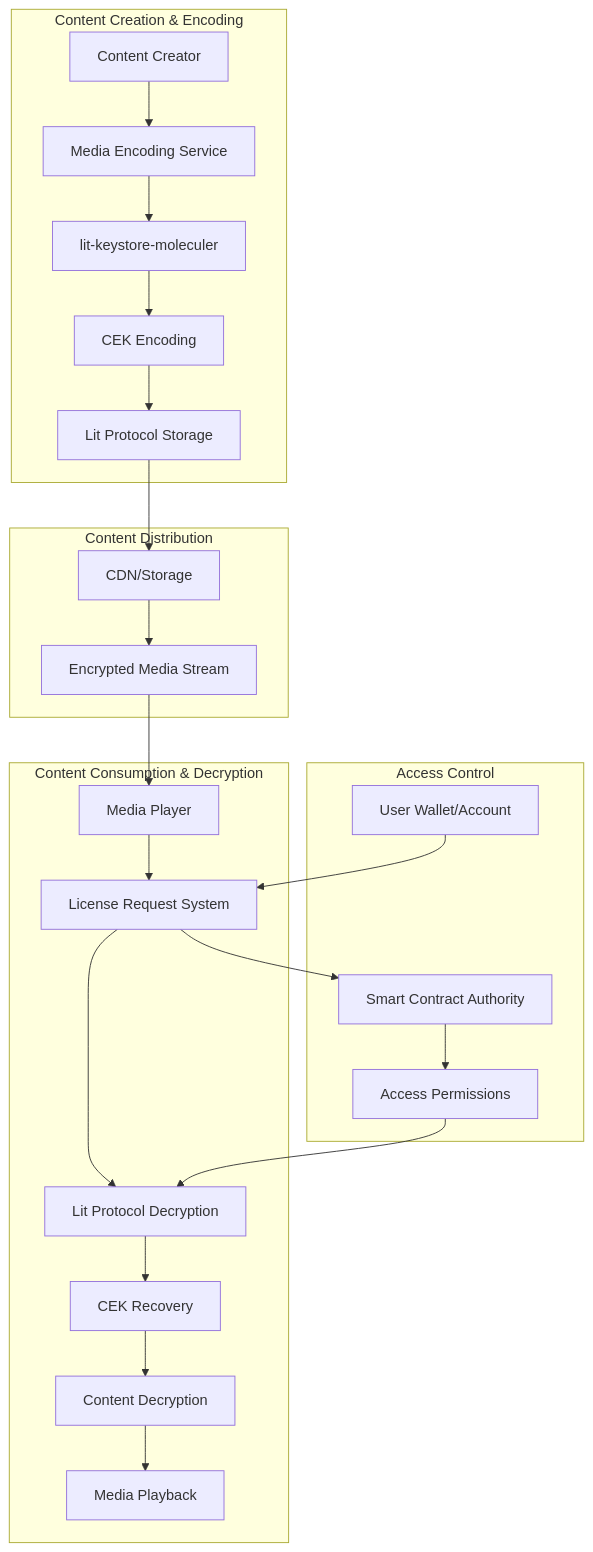
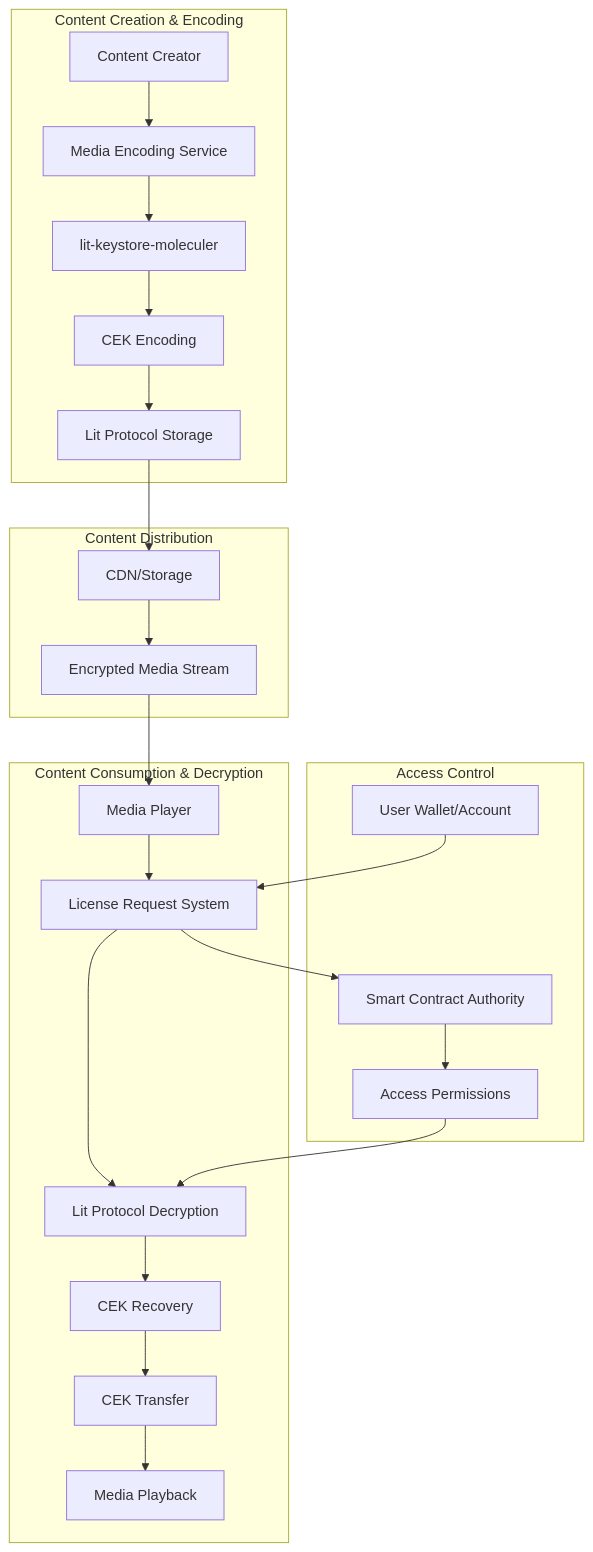
The first of 13 diagrams in docs/END-TO-END-CONTENT-PROTECTION-FLOW.md (Elacity/lit-keystore-moleculer), drawn with Mermaid before and after one commit. The commit also changed other lines of this file and 3 other files, not shown here.

````diff
--- a/docs/END-TO-END-CONTENT-PROTECTION-FLOW.md
+++ b/docs/END-TO-END-CONTENT-PROTECTION-FLOW.md
@@ -9,34 +7,34 @@
 ```mermaid
 graph TD
     subgraph "Content Creation & Encoding"
         A[Content Creator] --> B[Media Encoding Service]
         B --> C[lit-keystore-moleculer]
         C --> D[CEK Encoding]
         D --> E[Lit Protocol Storage]
     end
-    
+
     subgraph "Content Distribution"
         E --> F[CDN/Storage]
         F --> G[Encrypted Media Stream]
     end
-    
+
     subgraph "Content Consumption & Decryption"
         G --> H[Media Player]
         H --> I[License Request System]
         I --> J[Lit Protocol Decryption]
         J --> K[CEK Recovery]
-        K --> L[Content Decryption]
+        K --> L[CEK Transfer]
         L --> M[Media Playback]
     end
-    
+
     subgraph "Access Control"
         N[Smart Contract Authority]
         O[User Wallet/Account]
         P[Access Permissions]
     end
-    
+
     I --> N
     O --> I
     N --> P
     P --> J
 ```
````
